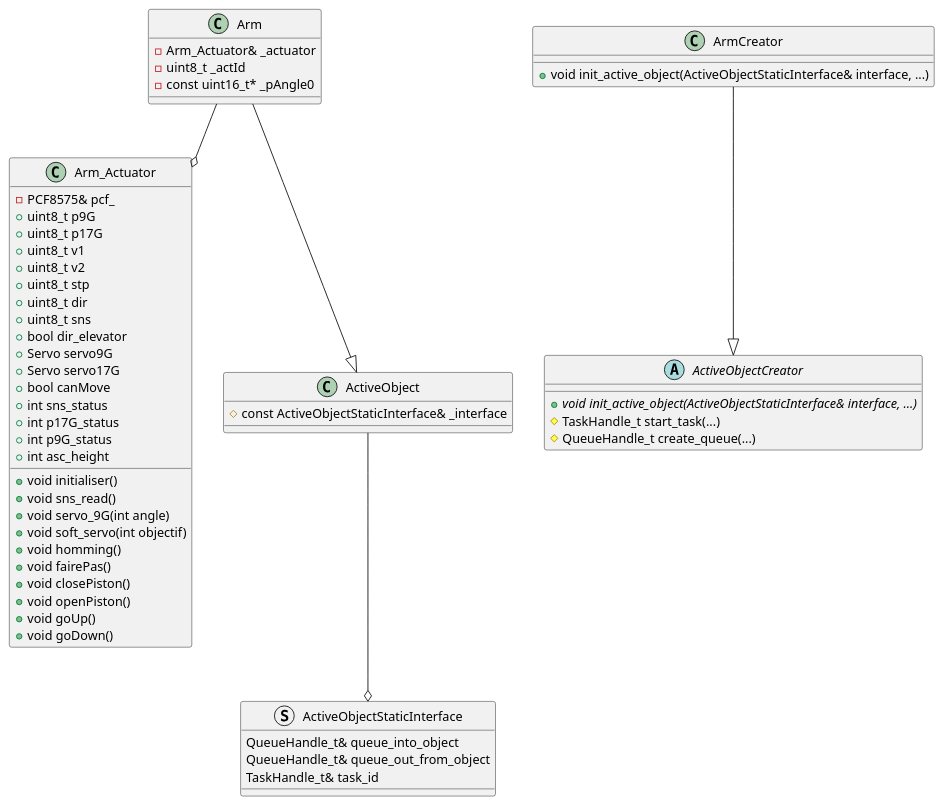
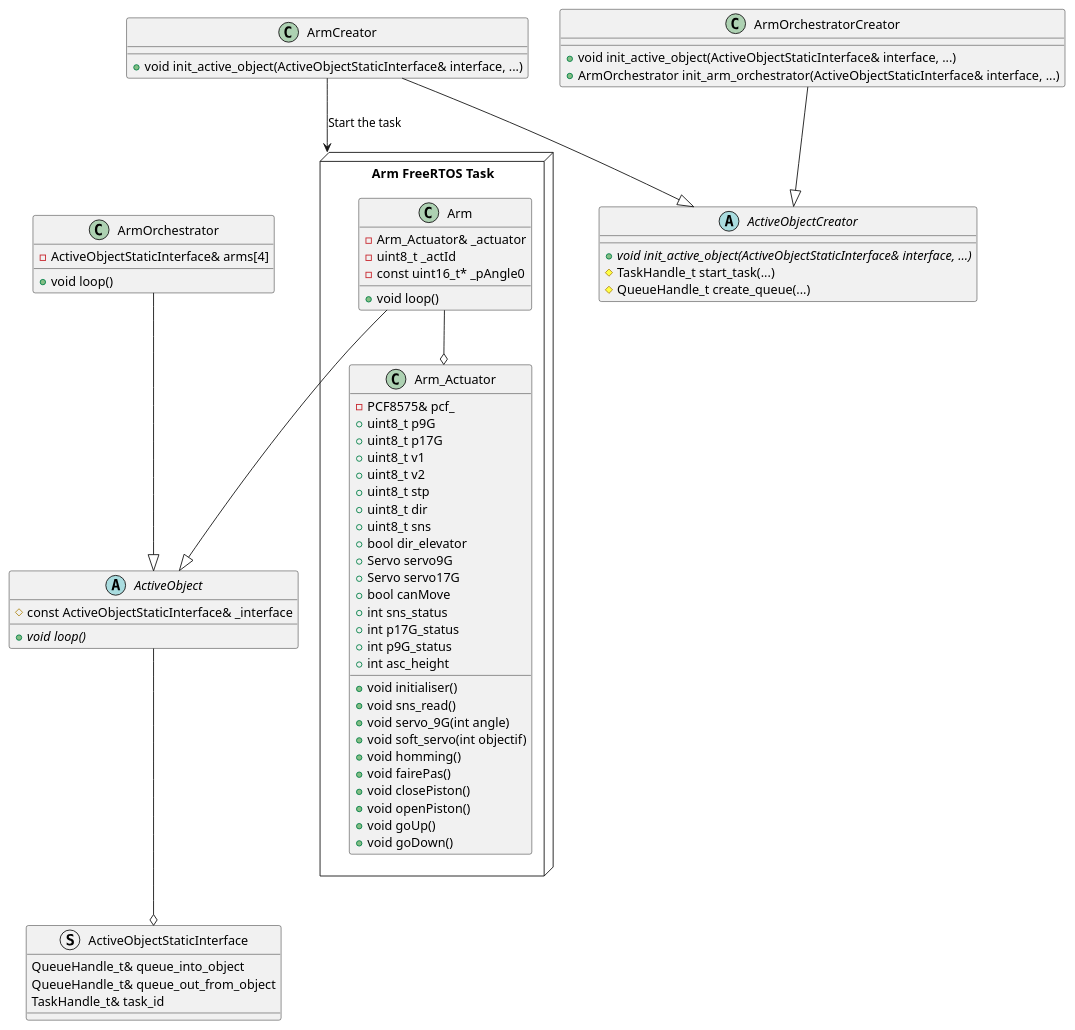
The diagram in embedded/docs/arch.puml (eirbot/stk_robot), drawn with PlantUML before and after one commit.

Commit message:
fix: arm orchestrator in archi

```diff
--- a/embedded/docs/arch.puml
+++ b/embedded/docs/arch.puml
@@ -1,65 +1,87 @@
 @startuml
-class Arm_Actuator {
-	+ void initialiser()
-	+ void sns_read()
-	+ void servo_9G(int angle)
-	+ void soft_servo(int objectif)
-	+ void homming()
-	+ void fairePas()
-	+ void closePiston()
-	+ void openPiston()
-	+ void goUp()
-	+ void goDown()
-
-	- PCF8575& pcf_
-	+ uint8_t p9G
-	+ uint8_t p17G
-	+ uint8_t v1
-	+ uint8_t v2
-	+ uint8_t stp
-	+ uint8_t dir
-	+ uint8_t sns
-	+ bool dir_elevator
-	+ Servo servo9G
-	+ Servo servo17G
-	+ bool canMove
-	+ int sns_status
-	+ int p17G_status
-	+ int p9G_status
-	+ int asc_height
-}
+' TODO: set the attributes that relates to other classes
+' https://plantuml.com/class-diagram#631c2725deb35a73
 
 struct ActiveObjectStaticInterface {
 	QueueHandle_t& queue_into_object
 	QueueHandle_t& queue_out_from_object
 	TaskHandle_t& task_id
 }
 
-class ActiveObject {
+abstract class ActiveObject {
 	# const ActiveObjectStaticInterface& _interface
+	+ {abstract} void loop()
 }
 
 ActiveObject --o ActiveObjectStaticInterface
 
-class Arm {
-	- Arm_Actuator& _actuator
-	- uint8_t _actId
-	- const uint16_t* _pAngle0
+package "Arm FreeRTOS Task" <<Node>> {
+	class Arm {
+		- Arm_Actuator& _actuator
+		- uint8_t _actId
+		- const uint16_t* _pAngle0
+		+ void loop()
+	}
+
+	class Arm_Actuator {
+		+ void initialiser()
+		+ void sns_read()
+		+ void servo_9G(int angle)
+		+ void soft_servo(int objectif)
+		+ void homming()
+		+ void fairePas()
+		+ void closePiston()
+		+ void openPiston()
+		+ void goUp()
+		+ void goDown()
+
+		- PCF8575& pcf_
+		+ uint8_t p9G
+		+ uint8_t p17G
+		+ uint8_t v1
+		+ uint8_t v2
+		+ uint8_t stp
+		+ uint8_t dir
+		+ uint8_t sns
+		+ bool dir_elevator
+		+ Servo servo9G
+		+ Servo servo17G
+		+ bool canMove
+		+ int sns_status
+		+ int p17G_status
+		+ int p9G_status
+		+ int asc_height
+	}
 }
 
 Arm --o Arm_Actuator
 
 Arm --|> ActiveObject
 
 abstract class ActiveObjectCreator {
     + {abstract} void init_active_object(ActiveObjectStaticInterface& interface, ...) 
 	# TaskHandle_t start_task(...)
 	# QueueHandle_t create_queue(...)
 }
 
 class ArmCreator {
     + void init_active_object(ActiveObjectStaticInterface& interface, ...) 
 }
 ArmCreator --|> ActiveObjectCreator
+ArmCreator --> "Arm FreeRTOS Task" : "Start the task"
+
+class ArmOrchestrator {
+	- ActiveObjectStaticInterface& arms[4]
+	+ void loop()
+}
+
+ArmOrchestrator --|> ActiveObject
+
+class ArmOrchestratorCreator {
+	+ void init_active_object(ActiveObjectStaticInterface& interface, ...) 
+	+ ArmOrchestrator init_arm_orchestrator(ActiveObjectStaticInterface& interface, ...) 
+}
+
+ArmOrchestratorCreator --|> ActiveObjectCreator
 
 @enduml
```
